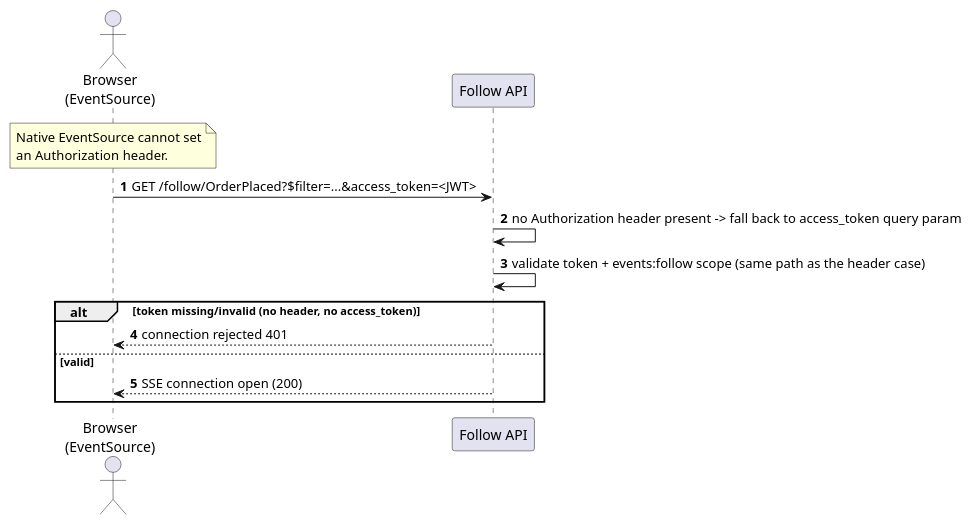
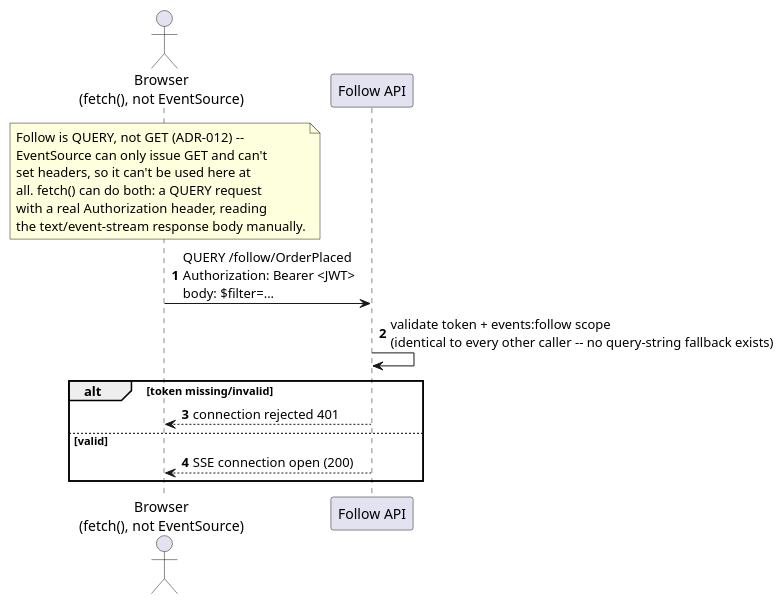
Before and after one commit to Mwwhited-BookLearning/EventSourcing: the second of 2 diagrams in docs/features/auth.md, drawn with PlantUML. The commit also changed other lines of this file and 15 other files, not shown here.

````diff
--- a/docs/features/auth.md
+++ b/docs/features/auth.md
@@ -33,20 +36,23 @@
 ```plantuml
 @startuml Auth_BrowserSSE_Sequence
 autonumber
-actor "Browser\n(EventSource)" as browser
+actor "Browser\n(fetch(), not EventSource)" as browser
 participant "Follow API" as api
 
 note over browser
-  Native EventSource cannot set
-  an Authorization header.
+  Follow is QUERY, not GET (ADR-012) --
+  EventSource can only issue GET and can't
+  set headers, so it can't be used here at
+  all. fetch() can do both: a QUERY request
+  with a real Authorization header, reading
+  the text/event-stream response body manually.
 end note
-browser -> api: GET /follow/OrderPlaced?$filter=...&access_token=<JWT>
-api -> api: no Authorization header present -> fall back to access_token query param
-api -> api: validate token + events:follow scope (same path as the header case)
-alt token missing/invalid (no header, no access_token)
+browser -> api: QUERY /follow/OrderPlaced\nAuthorization: Bearer <JWT>\nbody: $filter=...
+api -> api: validate token + events:follow scope\n(identical to every other caller -- no query-string fallback exists)
+alt token missing/invalid
   api --> browser: connection rejected 401
 else valid
   api --> browser: SSE connection open (200)
 end
 @enduml
 ```
````
